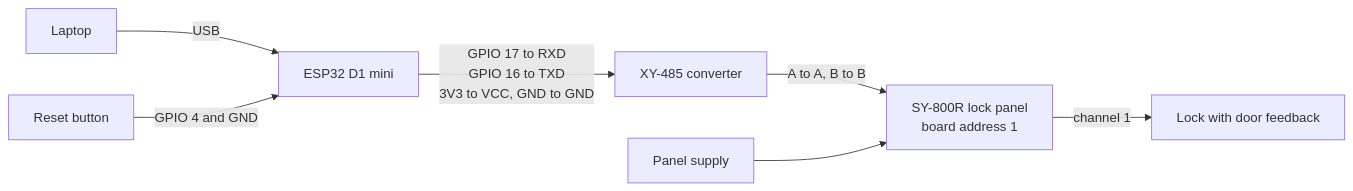
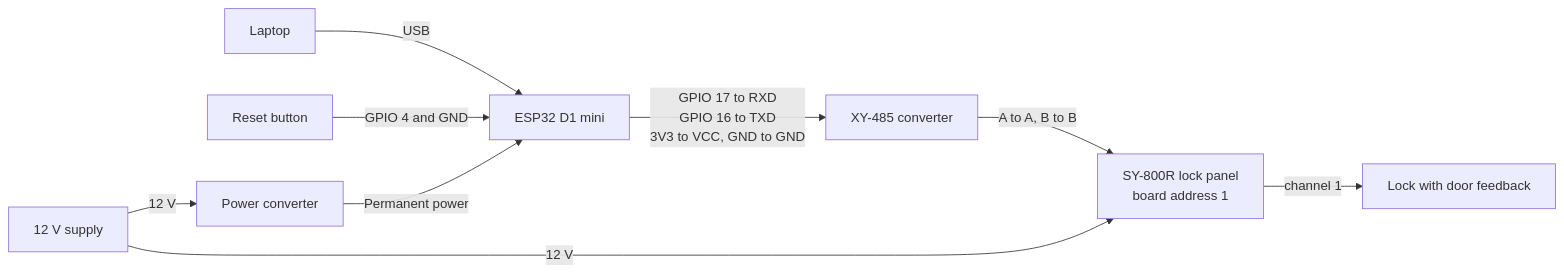
The diagram in website/src/content/docs/dokumentation/esp32/wiring.md (Open-Locker/Open-Locker), drawn with Mermaid before and after one commit. The commit also changed other lines of this file and 11 other files, not shown here.

First line of the commit message:
docs(website): add ESP32 chip guidance and bench power wiring

````diff
--- a/website/src/content/docs/dokumentation/esp32/wiring.md
+++ b/website/src/content/docs/dokumentation/esp32/wiring.md
@@ -14,9 +14,11 @@
 ```mermaid
 flowchart LR
     laptop[Laptop] -- USB --> esp[ESP32 D1 mini]
     button[Reset button] -- "GPIO 4 and GND" --> esp
     esp -- "GPIO 17 to RXD<br/>GPIO 16 to TXD<br/>3V3 to VCC, GND to GND" --> xy[XY-485 converter]
     xy -- "A to A, B to B" --> panel[SY-800R lock panel<br/>board address 1]
-    psu[Panel supply] --> panel
+    psu[12 V supply] -- "12 V" --> panel
+    psu -- "12 V" --> power[Power converter]
+    power -- "Permanent power" --> esp
     panel -- "channel 1" --> lock[Lock with door feedback]
 ```
````
